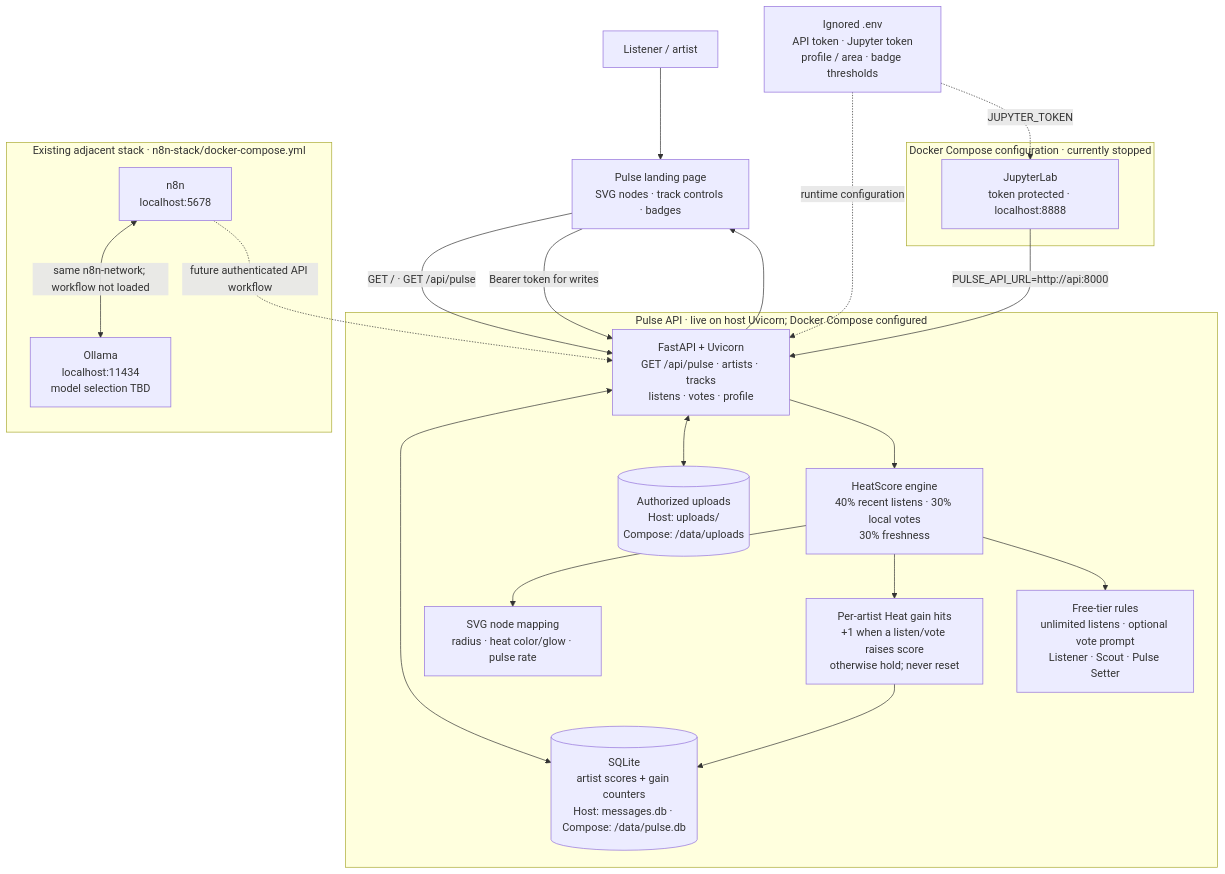
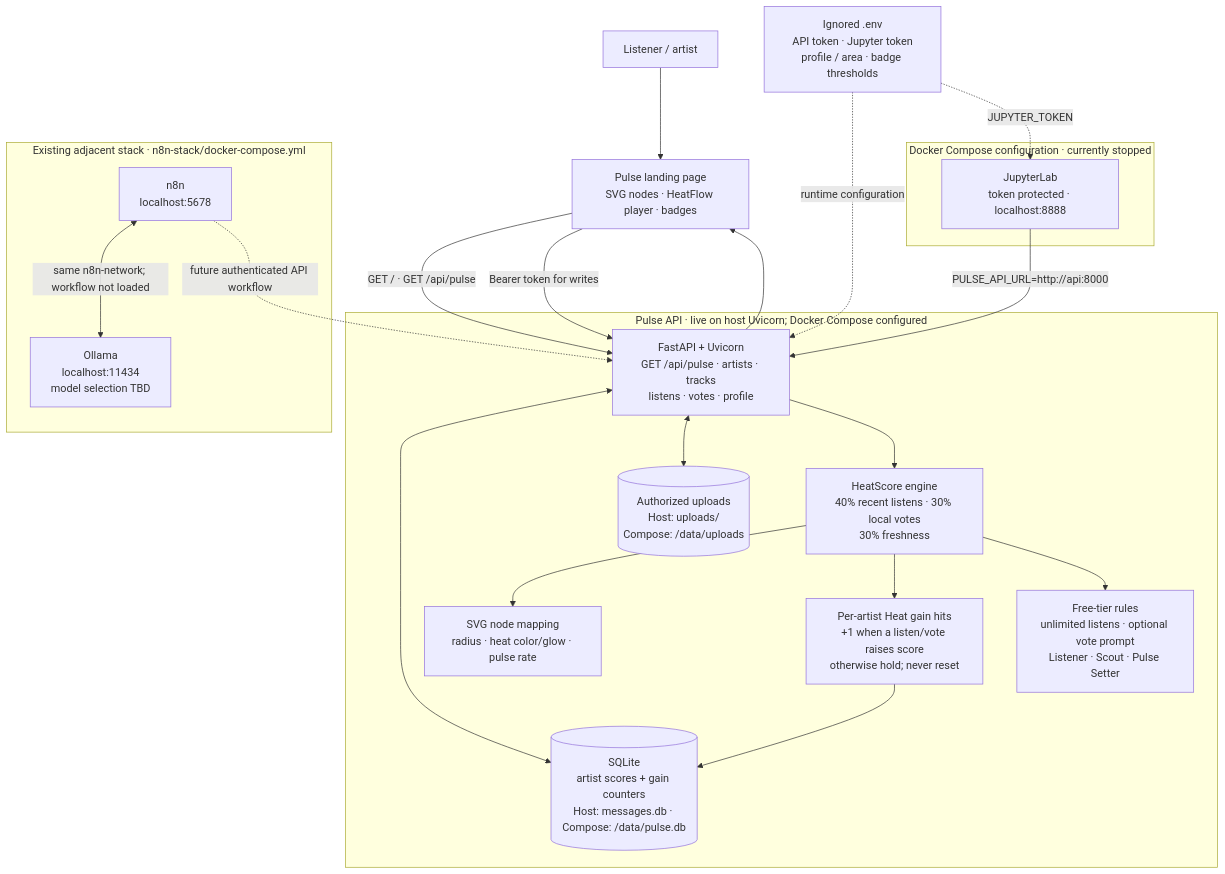
One commit to VocalFalCor/favicon.svg changed the diagram in docs/falcor-pulse-stack.md. Above: the diagram before and after it, drawn with Mermaid. The commit also changed other lines of this file and 8 other files, not shown here.

First line of the commit message:
Add HeatFlow playlist and pop-out player

````diff
--- a/docs/falcor-pulse-stack.md
+++ b/docs/falcor-pulse-stack.md
@@ -5,42 +5,42 @@
 ```mermaid
 flowchart TB
     listener["Listener / artist"]
-    browser["Pulse landing page<br/>SVG nodes · track controls · badges"]
+    browser["Pulse landing page<br/>SVG nodes · HeatFlow player · badges"]
 
     subgraph pulse["Pulse API · live on host Uvicorn; Docker Compose configured"]
         api["FastAPI + Uvicorn<br/>GET /api/pulse · artists · tracks<br/>listens · votes · profile"]
         score["HeatScore engine<br/>40% recent listens · 30% local votes<br/>30% freshness"]
         gains["Per-artist Heat gain hits<br/>+1 when a listen/vote raises score<br/>otherwise hold; never reset"]
         viz["SVG node mapping<br/>radius · heat color/glow · pulse rate"]
         sqlite[("SQLite<br/>artist scores + gain counters<br/>Host: messages.db · Compose: /data/pulse.db")]
         audio[("Authorized uploads<br/>Host: uploads/<br/>Compose: /data/uploads")]
         badges["Free-tier rules<br/>unlimited listens · optional vote prompt<br/>Listener · Scout · Pulse Setter"]
         api <--> sqlite
         api <--> audio
         api --> score
         score --> viz
         score --> gains --> sqlite
         score --> badges
     end
 
     subgraph notebook["Docker Compose configuration · currently stopped"]
         jupyter["JupyterLab<br/>token protected · localhost:8888"]
     end
 
     subgraph adjacent["Existing adjacent stack · n8n-stack/docker-compose.yml"]
         n8n["n8n<br/>localhost:5678"]
         ollama["Ollama<br/>localhost:11434<br/>model selection TBD"]
         n8n <-->|same n8n-network; workflow not loaded| ollama
     end
 
     secrets["Ignored .env<br/>API token · Jupyter token<br/>profile / area · badge thresholds"]
 
     listener --> browser
     browser -->|"GET / · GET /api/pulse"| api
     browser -->|"Bearer token for writes"| api
     api --> browser
     jupyter -->|"PULSE_API_URL=http://api:8000"| api
     secrets -.->|"runtime configuration"| api
     secrets -.->|"JUPYTER_TOKEN"| jupyter
     n8n -.->|"future authenticated API workflow"| api
 ```
````
